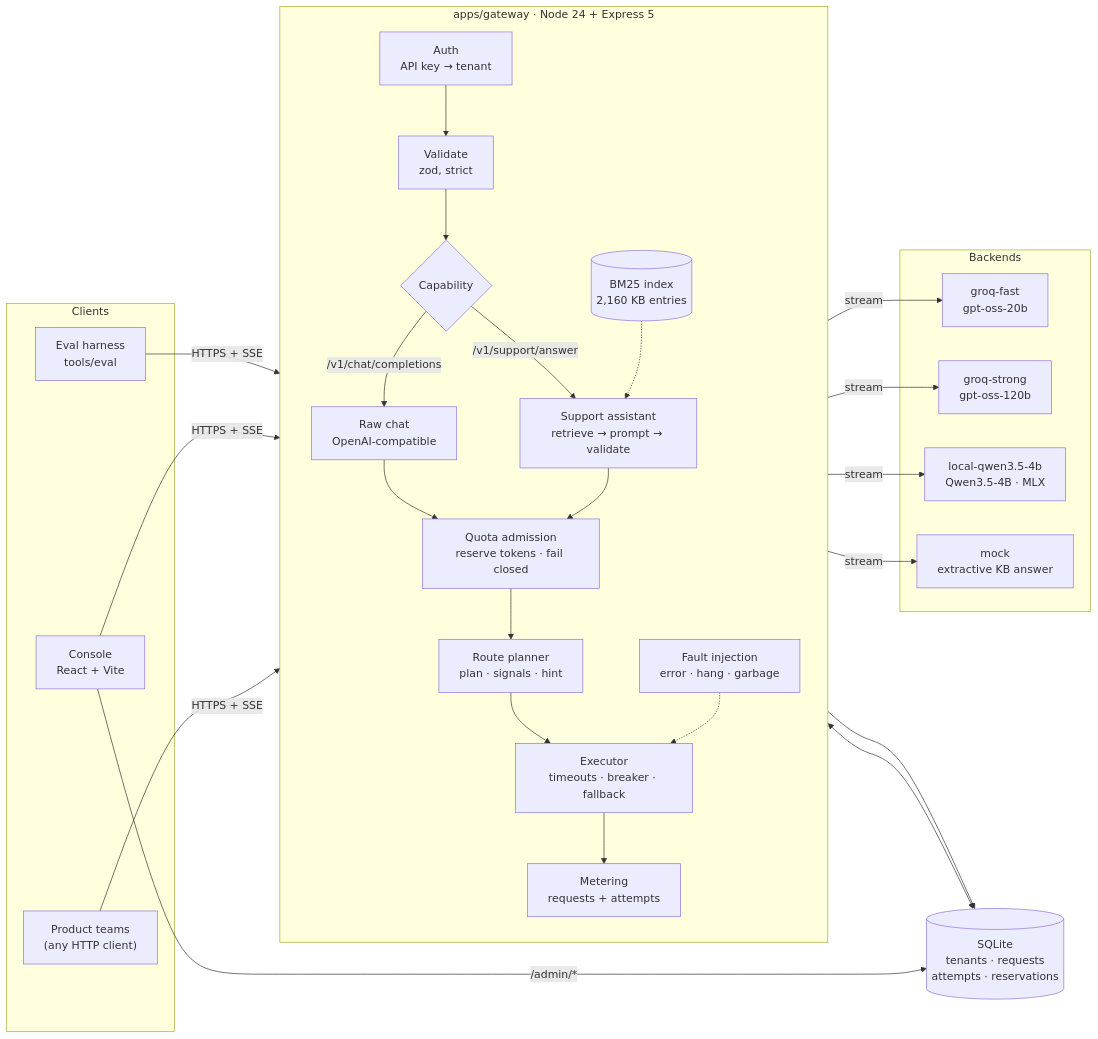
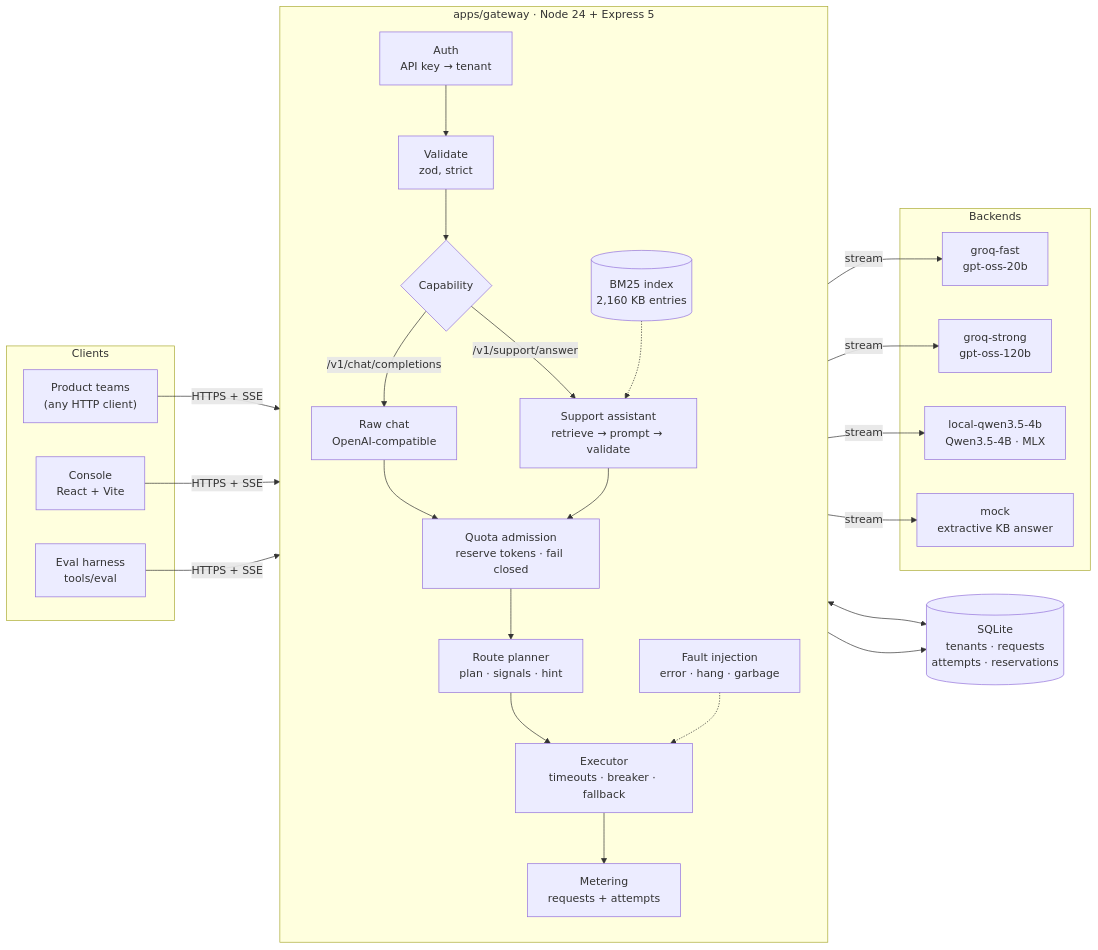
The first of 7 diagrams in docs/ARCHITECTURE.md (fauziridwan1709/nalar-router), drawn with Mermaid before and after one commit. The commit also changed other lines of this file and 23 other files, not shown here.

````diff
--- a/docs/ARCHITECTURE.md
+++ b/docs/ARCHITECTURE.md
@@ -15,38 +15,37 @@
 ```mermaid
 flowchart LR
     subgraph Clients
         C1["Product teams<br/>(any HTTP client)"]
         C2["Console<br/>React + Vite"]
         C3["Eval harness<br/>tools/eval"]
     end
 
     subgraph GW["apps/gateway · Node 24 + Express 5"]
         direction TB
         A["Auth<br/>API key → tenant"] --> V["Validate<br/>zod, strict"]
         V --> CAP{"Capability"}
         CAP -->|"/v1/support/answer"| S["Support assistant<br/>retrieve → prompt → validate"]
         CAP -->|"/v1/chat/completions"| CH["Raw chat<br/>OpenAI-compatible"]
         S --> Q
         CH --> Q
         Q["Quota admission<br/>reserve tokens · fail closed"] --> P["Route planner<br/>plan · signals · hint"]
         P --> X["Executor<br/>timeouts · breaker · fallback"]
         X --> M["Metering<br/>requests + attempts"]
         R[("BM25 index<br/>2,160 KB entries")] -.-> S
         CHAOS["Fault injection<br/>error · hang · garbage"] -.-> X
     end
 
     subgraph Backends
         B1["groq-fast<br/>gpt-oss-20b"]
         B2["groq-strong<br/>gpt-oss-120b"]
         B3["local-qwen3.5-4b<br/>Qwen3.5-4B · MLX"]
         B4["mock<br/>extractive KB answer"]
     end
 
     DB[("SQLite<br/>tenants · requests<br/>attempts · reservations")]
 
     C1 & C2 & C3 -->|"HTTPS + SSE"| A
     X -->|"stream"| B1 & B2 & B3 & B4
     Q <--> DB
     M --> DB
-    C2 -->|"/admin/*"| DB
 ```
````
